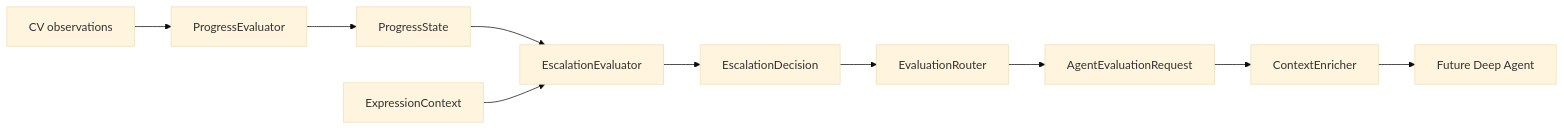
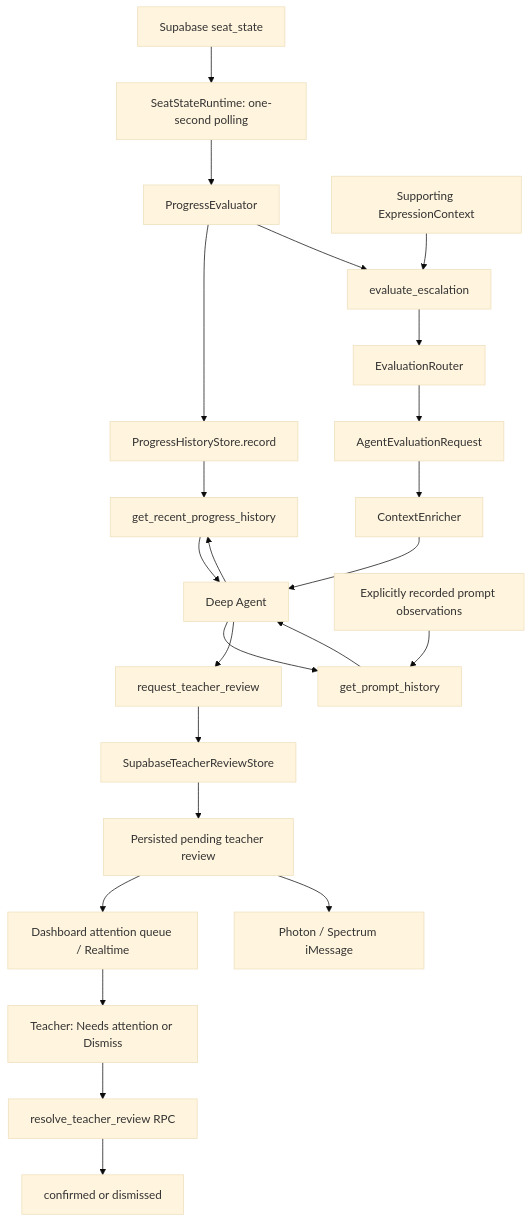
The diagram in notes/michelle.md (keithw24/cues), drawn with Mermaid (base theme) before and after one commit. The commit also changed other lines of this file and 12 other files, not shown here.

````diff
--- a/notes/michelle.md
+++ b/notes/michelle.md
@@ -4,12 +9,26 @@
 ```mermaid
-flowchart LR
-    A[CV observations] --> B[ProgressEvaluator]
-    B --> C[ProgressState]
-    C --> D[EscalationEvaluator]
-    E[ExpressionContext] --> D
-    D --> F[EscalationDecision]
-    F --> G[EvaluationRouter]
-    G --> H[AgentEvaluationRequest]
-    H --> J[ContextEnricher]
-    J --> I[Future Deep Agent]
+flowchart TD
+    A[Supabase seat_state] --> B[SeatStateRuntime: one-second polling]
+    B --> C[ProgressEvaluator]
+    C --> D[ProgressHistoryStore.record]
+    C --> E[evaluate_escalation]
+    X[Supporting ExpressionContext] --> E
+    E --> F[EvaluationRouter]
+    F --> G[AgentEvaluationRequest]
+    G --> H[ContextEnricher]
+    H --> I[Deep Agent]
+    I --> J[get_recent_progress_history]
+    D --> J
+    I --> K[get_prompt_history]
+    P[Explicitly recorded prompt observations] --> K
+    J --> I
+    K --> I
+    I --> L[request_teacher_review]
+    L --> M[SupabaseTeacherReviewStore]
+    M --> N[Persisted pending teacher review]
+    N --> O[Dashboard attention queue / Realtime]
+    N --> Q[Photon / Spectrum iMessage]
+    O --> R[Teacher: Needs attention or Dismiss]
+    R --> S[resolve_teacher_review RPC]
+    S --> T[confirmed or dismissed]
 ```
````
